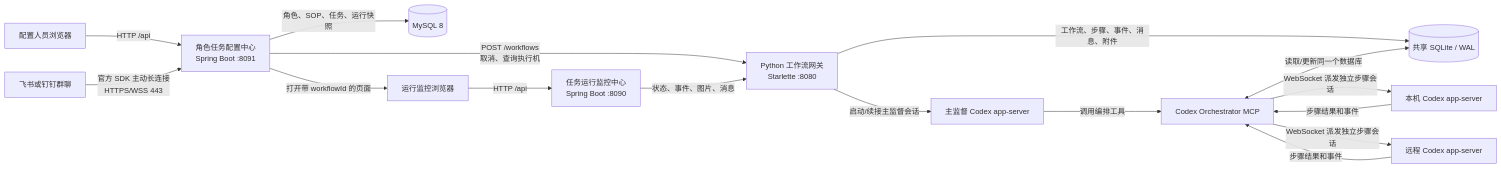
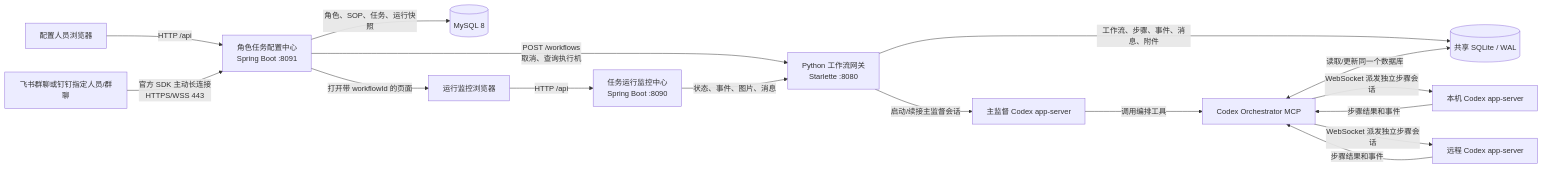
The first of 4 diagrams in docs/SYSTEM_ARCHITECTURE.zh-CN.md (zsh13696112233-spec/codex-remote-mcp), drawn with Mermaid before and after one commit. The commit also changed other lines of this file and 30 other files, not shown here.

````diff
--- a/docs/SYSTEM_ARCHITECTURE.zh-CN.md
+++ b/docs/SYSTEM_ARCHITECTURE.zh-CN.md
@@ -20,20 +20,20 @@
 ```mermaid
 flowchart LR
     U1[配置人员浏览器] -->|HTTP /api| C[角色任务配置中心<br/>Spring Boot :8091]
     C -->|角色、SOP、任务、运行快照| MYSQL[(MySQL 8)]
     C -->|POST /workflows<br/>取消、查询执行机| G[Python 工作流网关<br/>Starlette :8080]
     C -->|打开带 workflowId 的页面| U2[运行监控浏览器]
-    BOT[飞书或钉钉群聊] -->|官方 SDK 主动长连接<br/>HTTPS/WSS 443| C
+    BOT[飞书群聊或钉钉指定人员/群聊] -->|官方 SDK 主动长连接<br/>HTTPS/WSS 443| C
 
     U2 -->|HTTP /api| V[任务运行监控中心<br/>Spring Boot :8090]
     V -->|状态、事件、图片、消息| G
 
     G -->|工作流、步骤、事件、消息、附件| SQLITE[(共享 SQLite / WAL)]
     G -->|启动/续接主监督会话| S[主监督 Codex app-server]
     S -->|调用编排工具| M[Codex Orchestrator MCP]
     M <-->|读取/更新同一个数据库| SQLITE
     M -->|WebSocket 派发独立步骤会话| A1[本机 Codex app-server]
     M -->|WebSocket 派发独立步骤会话| A2[远程 Codex app-server]
     A1 -->|步骤结果和事件| M
     A2 -->|步骤结果和事件| M
 ```
````
